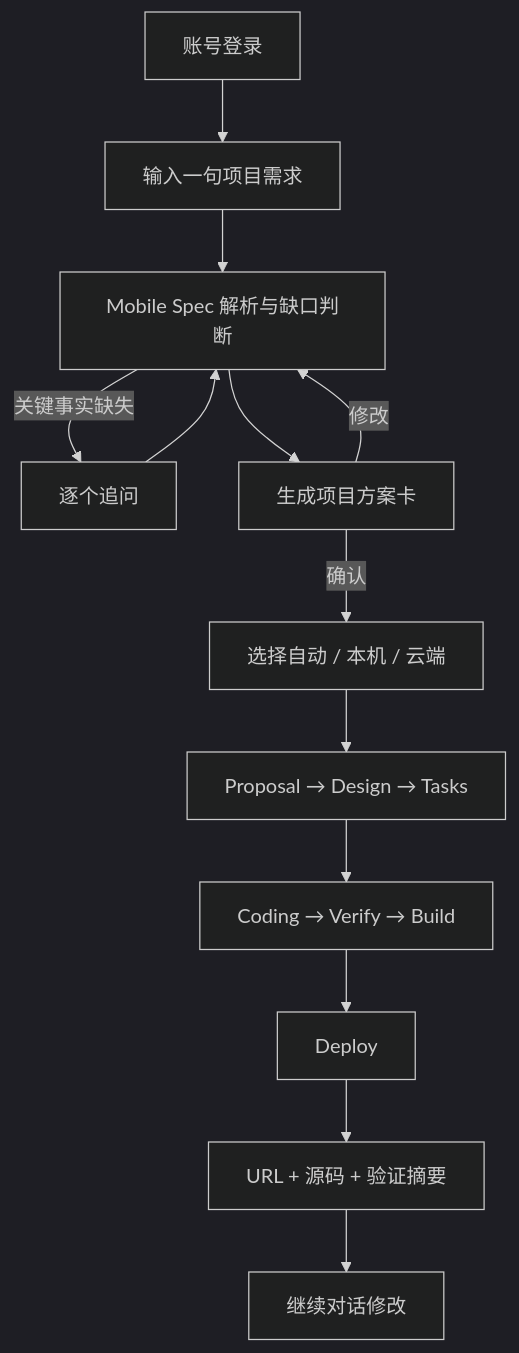
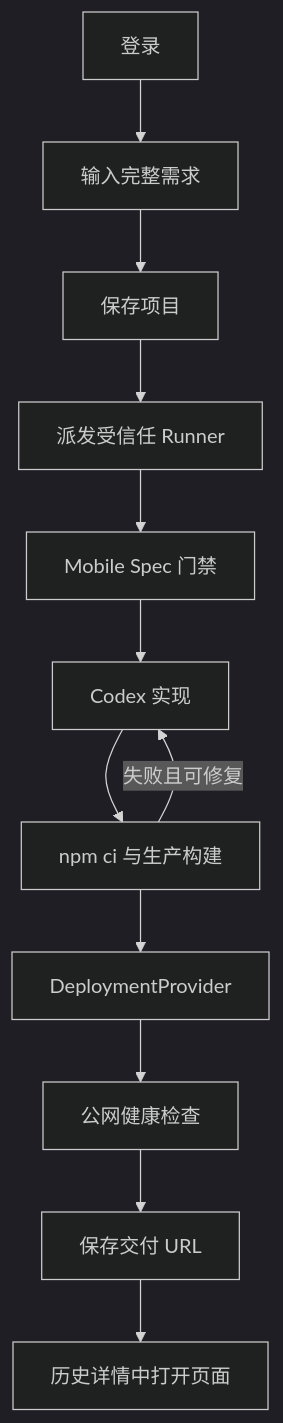
The diagram in docs/MVP产品说明.md (JonasQiu/mobile-app-build), drawn with Mermaid (dark theme) before and after one commit. The commit also changed other lines of this file and 16 other files, not shown here.

````diff
--- a/docs/MVP产品说明.md
+++ b/docs/MVP产品说明.md
@@ -26,15 +11,14 @@
 ```mermaid
 flowchart TD
-  A["账号登录"] --> B["输入一句项目需求"]
-  B --> C["Mobile Spec 解析与缺口判断"]
-  C -->|"关键事实缺失"| D["逐个追问"]
-  D --> C
-  C --> E["生成项目方案卡"]
-  E -->|"修改"| C
-  E -->|"确认"| F["选择自动 / 本机 / 云端"]
-  F --> G["Proposal → Design → Tasks"]
-  G --> H["Coding → Verify → Build"]
-  H --> I["Deploy"]
-  I --> J["URL + 源码 + 验证摘要"]
-  J --> K["继续对话修改"]
+  A[登录] --> B[输入完整需求]
+  B --> C[保存项目]
+  C --> D[派发受信任 Runner]
+  D --> E[Mobile Spec 门禁]
+  E --> F[Codex 实现]
+  F --> G[npm ci 与生产构建]
+  G -->|失败且可修复| F
+  G --> H[DeploymentProvider]
+  H --> I[公网健康检查]
+  I --> J[保存交付 URL]
+  J --> K[历史详情中打开页面]
 ```
````
